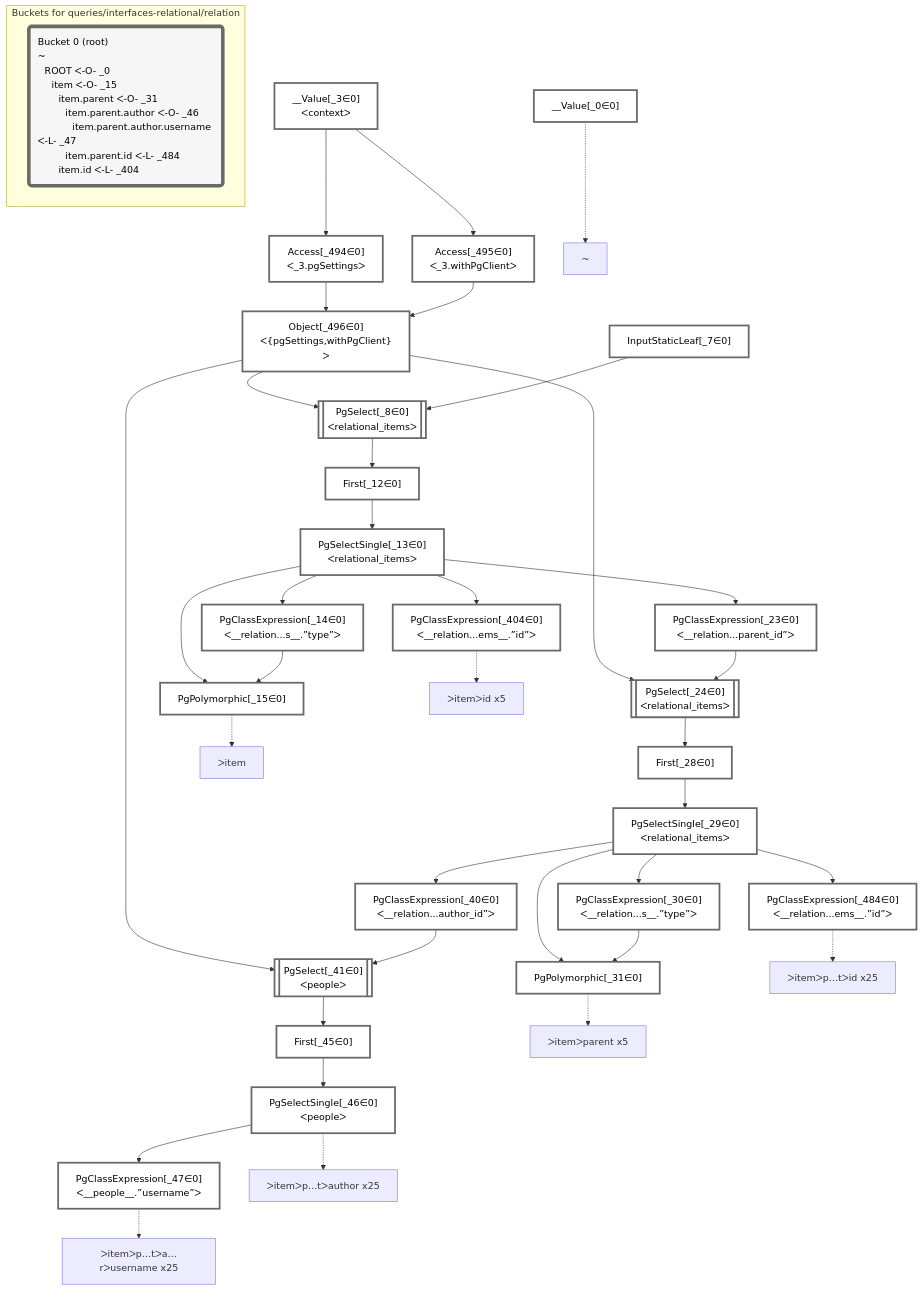
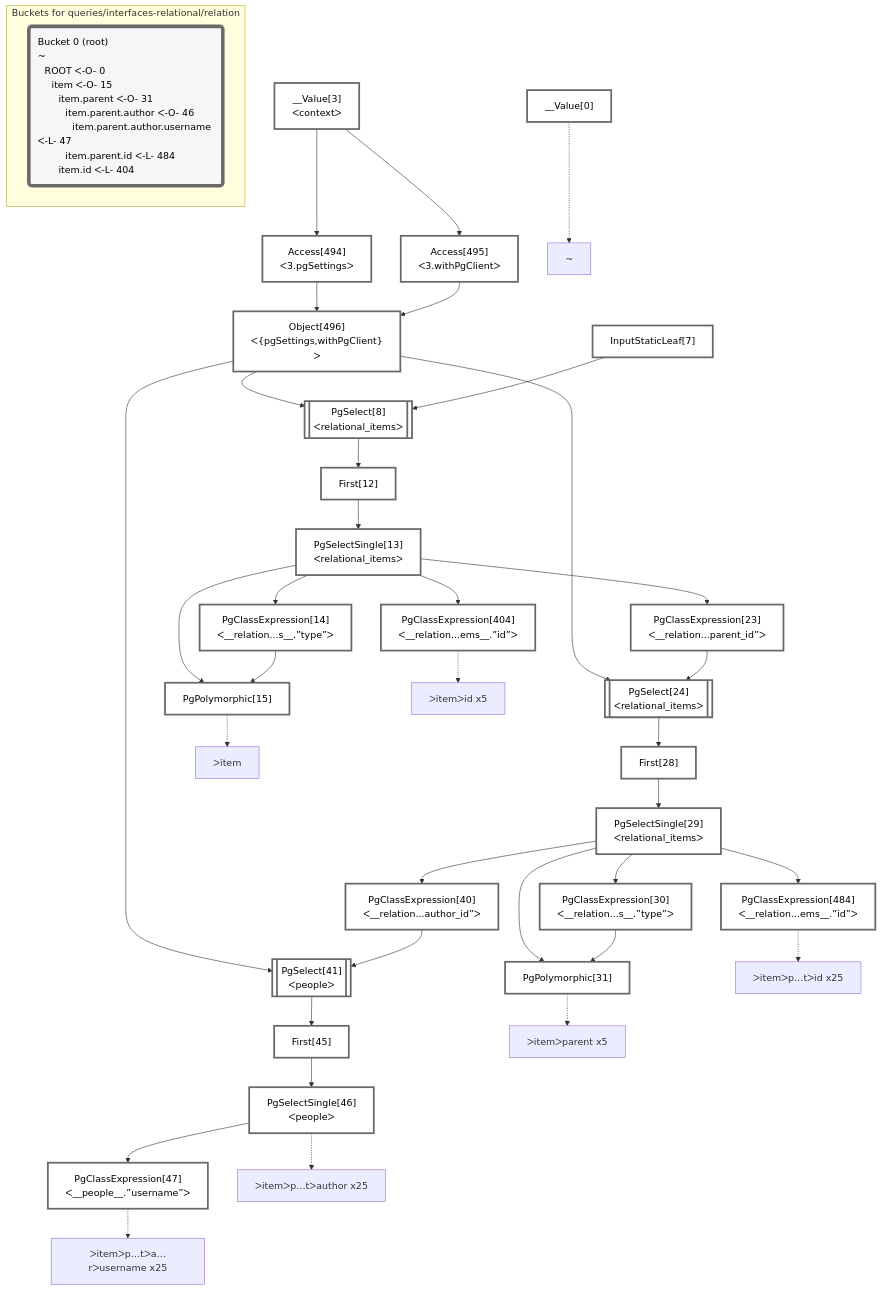
One commit to graphile/crystal changed the diagram in packages/dataplan-pg/__tests__/queries/interfaces-relational/relation.deopt.mermaid.md. Above: the diagram before and after it, drawn with Mermaid. The commit also changed 195 other files, not shown here.

````diff
--- a/packages/dataplan-pg/__tests__/queries/interfaces-relational/relation.deopt.mermaid.md
+++ b/packages/dataplan-pg/__tests__/queries/interfaces-relational/relation.deopt.mermaid.md
@@ -1,80 +1,80 @@
 ```mermaid
 graph TD
     classDef path fill:#eee,stroke:#000,color:#000
     classDef plan fill:#fff,stroke-width:3px,color:#000
     classDef itemplan fill:#fff,stroke-width:6px,color:#000
     classDef sideeffectplan fill:#f00,stroke-width:6px,color:#000
     classDef bucket fill:#f6f6f6,color:#000,stroke-width:6px,text-align:left
 
 
     %% define plans
-    __Value_0["__Value[_0∈0]"]:::plan
-    PgPolymorphic_15["PgPolymorphic[_15∈0]"]:::plan
-    PgClassExpression_14["PgClassExpression[_14∈0]<br />ᐸ__relation...s__.”type”ᐳ"]:::plan
-    PgClassExpression_404["PgClassExpression[_404∈0]<br />ᐸ__relation...ems__.”id”ᐳ"]:::plan
-    PgPolymorphic_31["PgPolymorphic[_31∈0]"]:::plan
-    PgClassExpression_30["PgClassExpression[_30∈0]<br />ᐸ__relation...s__.”type”ᐳ"]:::plan
-    PgClassExpression_484["PgClassExpression[_484∈0]<br />ᐸ__relation...ems__.”id”ᐳ"]:::plan
-    PgClassExpression_47["PgClassExpression[_47∈0]<br />ᐸ__people__.”username”ᐳ"]:::plan
-    PgSelectSingle_46["PgSelectSingle[_46∈0]<br />ᐸpeopleᐳ"]:::plan
-    First_45["First[_45∈0]"]:::plan
-    PgSelect_41[["PgSelect[_41∈0]<br />ᐸpeopleᐳ"]]:::plan
-    PgClassExpression_40["PgClassExpression[_40∈0]<br />ᐸ__relation...author_id”ᐳ"]:::plan
-    PgSelectSingle_29["PgSelectSingle[_29∈0]<br />ᐸrelational_itemsᐳ"]:::plan
-    First_28["First[_28∈0]"]:::plan
-    PgSelect_24[["PgSelect[_24∈0]<br />ᐸrelational_itemsᐳ"]]:::plan
-    PgClassExpression_23["PgClassExpression[_23∈0]<br />ᐸ__relation...parent_id”ᐳ"]:::plan
-    PgSelectSingle_13["PgSelectSingle[_13∈0]<br />ᐸrelational_itemsᐳ"]:::plan
-    First_12["First[_12∈0]"]:::plan
-    PgSelect_8[["PgSelect[_8∈0]<br />ᐸrelational_itemsᐳ"]]:::plan
-    Object_496["Object[_496∈0]<br />ᐸ{pgSettings,withPgClient}ᐳ"]:::plan
-    Access_494["Access[_494∈0]<br />ᐸ_3.pgSettingsᐳ"]:::plan
-    Access_495["Access[_495∈0]<br />ᐸ_3.withPgClientᐳ"]:::plan
-    __Value_3["__Value[_3∈0]<br />ᐸcontextᐳ"]:::plan
-    InputStaticLeaf_7["InputStaticLeaf[_7∈0]"]:::plan
+    __Value0["__Value[0]"]:::plan
+    PgPolymorphic15["PgPolymorphic[15]"]:::plan
+    PgClassExpression14["PgClassExpression[14]<br />ᐸ__relation...s__.”type”ᐳ"]:::plan
+    PgClassExpression404["PgClassExpression[404]<br />ᐸ__relation...ems__.”id”ᐳ"]:::plan
+    PgPolymorphic31["PgPolymorphic[31]"]:::plan
+    PgClassExpression30["PgClassExpression[30]<br />ᐸ__relation...s__.”type”ᐳ"]:::plan
+    PgClassExpression484["PgClassExpression[484]<br />ᐸ__relation...ems__.”id”ᐳ"]:::plan
+    PgClassExpression47["PgClassExpression[47]<br />ᐸ__people__.”username”ᐳ"]:::plan
+    PgSelectSingle46["PgSelectSingle[46]<br />ᐸpeopleᐳ"]:::plan
+    First45["First[45]"]:::plan
+    PgSelect41[["PgSelect[41]<br />ᐸpeopleᐳ"]]:::plan
+    PgClassExpression40["PgClassExpression[40]<br />ᐸ__relation...author_id”ᐳ"]:::plan
+    PgSelectSingle29["PgSelectSingle[29]<br />ᐸrelational_itemsᐳ"]:::plan
+    First28["First[28]"]:::plan
+    PgSelect24[["PgSelect[24]<br />ᐸrelational_itemsᐳ"]]:::plan
+    PgClassExpression23["PgClassExpression[23]<br />ᐸ__relation...parent_id”ᐳ"]:::plan
+    PgSelectSingle13["PgSelectSingle[13]<br />ᐸrelational_itemsᐳ"]:::plan
+    First12["First[12]"]:::plan
+    PgSelect8[["PgSelect[8]<br />ᐸrelational_itemsᐳ"]]:::plan
+    Object496["Object[496]<br />ᐸ{pgSettings,withPgClient}ᐳ"]:::plan
+    Access494["Access[494]<br />ᐸ3.pgSettingsᐳ"]:::plan
+    Access495["Access[495]<br />ᐸ3.withPgClientᐳ"]:::plan
+    __Value3["__Value[3]<br />ᐸcontextᐳ"]:::plan
+    InputStaticLeaf7["InputStaticLeaf[7]"]:::plan
 
     %% plan dependencies
-    PgSelectSingle_13 & PgClassExpression_14 --> PgPolymorphic_15
-    PgSelectSingle_13 --> PgClassExpression_14
-    PgSelectSingle_13 --> PgClassExpression_404
-    PgSelectSingle_29 & PgClassExpression_30 --> PgPolymorphic_31
-    PgSelectSingle_29 --> PgClassExpression_30
-    PgSelectSingle_29 --> PgClassExpression_484
-    PgSelectSingle_46 --> PgClassExpression_47
-    First_45 --> PgSelectSingle_46
-    PgSelect_41 --> First_45
-    Object_496 & PgClassExpression_40 --> PgSelect_41
-    PgSelectSingle_29 --> PgClassExpression_40
-    First_28 --> PgSelectSingle_29
-    PgSelect_24 --> First_28
-    Object_496 & PgClassExpression_23 --> PgSelect_24
-    PgSelectSingle_13 --> PgClassExpression_23
-    First_12 --> PgSelectSingle_13
-    PgSelect_8 --> First_12
-    Object_496 & InputStaticLeaf_7 --> PgSelect_8
-    Access_494 & Access_495 --> Object_496
-    __Value_3 --> Access_494
-    __Value_3 --> Access_495
+    PgSelectSingle13 & PgClassExpression14 --> PgPolymorphic15
+    PgSelectSingle13 --> PgClassExpression14
+    PgSelectSingle13 --> PgClassExpression404
+    PgSelectSingle29 & PgClassExpression30 --> PgPolymorphic31
+    PgSelectSingle29 --> PgClassExpression30
+    PgSelectSingle29 --> PgClassExpression484
+    PgSelectSingle46 --> PgClassExpression47
+    First45 --> PgSelectSingle46
+    PgSelect41 --> First45
+    Object496 & PgClassExpression40 --> PgSelect41
+    PgSelectSingle29 --> PgClassExpression40
+    First28 --> PgSelectSingle29
+    PgSelect24 --> First28
+    Object496 & PgClassExpression23 --> PgSelect24
+    PgSelectSingle13 --> PgClassExpression23
+    First12 --> PgSelectSingle13
+    PgSelect8 --> First12
+    Object496 & InputStaticLeaf7 --> PgSelect8
+    Access494 & Access495 --> Object496
+    __Value3 --> Access494
+    __Value3 --> Access495
 
     %% plan-to-path relationships
-    P_0["~"]
-    __Value_0 -.-> P_0
-    P_15["ᐳitem"]
-    PgPolymorphic_15 -.-> P_15
-    P_31["ᐳitemᐳparent x5"]
-    PgPolymorphic_31 -.-> P_31
-    P_46["ᐳitemᐳp…tᐳauthor x25"]
-    PgSelectSingle_46 -.-> P_46
-    P_47["ᐳitemᐳp…tᐳa…rᐳusername x25"]
-    PgClassExpression_47 -.-> P_47
-    P_404["ᐳitemᐳid x5"]
-    PgClassExpression_404 -.-> P_404
-    P_484["ᐳitemᐳp…tᐳid x25"]
-    PgClassExpression_484 -.-> P_484
+    P0["~"]
+    __Value0 -.-> P0
+    P15["ᐳitem"]
+    PgPolymorphic15 -.-> P15
+    P31["ᐳitemᐳparent x5"]
+    PgPolymorphic31 -.-> P31
+    P46["ᐳitemᐳp…tᐳauthor x25"]
+    PgSelectSingle46 -.-> P46
+    P47["ᐳitemᐳp…tᐳa…rᐳusername x25"]
+    PgClassExpression47 -.-> P47
+    P404["ᐳitemᐳid x5"]
+    PgClassExpression404 -.-> P404
+    P484["ᐳitemᐳp…tᐳid x25"]
+    PgClassExpression484 -.-> P484
 
     subgraph "Buckets for queries/interfaces-relational/relation"
-    Bucket0("Bucket 0 (root)<br />~<br />⠀ROOT ᐸ-O- _0<br />⠀⠀item ᐸ-O- _15<br />⠀⠀⠀item.parent ᐸ-O- _31<br />⠀⠀⠀⠀item.parent.author ᐸ-O- _46<br />⠀⠀⠀⠀⠀item.parent.author.username ᐸ-L- _47<br />⠀⠀⠀⠀item.parent.id ᐸ-L- _484<br />⠀⠀⠀item.id ᐸ-L- _404"):::bucket
+    Bucket0("Bucket 0 (root)<br />~<br />⠀ROOT ᐸ-O- 0<br />⠀⠀item ᐸ-O- 15<br />⠀⠀⠀item.parent ᐸ-O- 31<br />⠀⠀⠀⠀item.parent.author ᐸ-O- 46<br />⠀⠀⠀⠀⠀item.parent.author.username ᐸ-L- 47<br />⠀⠀⠀⠀item.parent.id ᐸ-L- 484<br />⠀⠀⠀item.id ᐸ-L- 404"):::bucket
     classDef bucket0 stroke:#696969
-    class Bucket0,__Value_0,__Value_3,InputStaticLeaf_7,PgSelect_8,First_12,PgSelectSingle_13,PgClassExpression_14,PgPolymorphic_15,PgClassExpression_23,PgSelect_24,First_28,PgSelectSingle_29,PgClassExpression_30,PgPolymorphic_31,PgClassExpression_40,PgSelect_41,First_45,PgSelectSingle_46,PgClassExpression_47,PgClassExpression_404,PgClassExpression_484,Access_494,Access_495,Object_496 bucket0
+    class Bucket0,__Value0,__Value3,InputStaticLeaf7,PgSelect8,First12,PgSelectSingle13,PgClassExpression14,PgPolymorphic15,PgClassExpression23,PgSelect24,First28,PgSelectSingle29,PgClassExpression30,PgPolymorphic31,PgClassExpression40,PgSelect41,First45,PgSelectSingle46,PgClassExpression47,PgClassExpression404,PgClassExpression484,Access494,Access495,Object496 bucket0
     end
 ```
````
